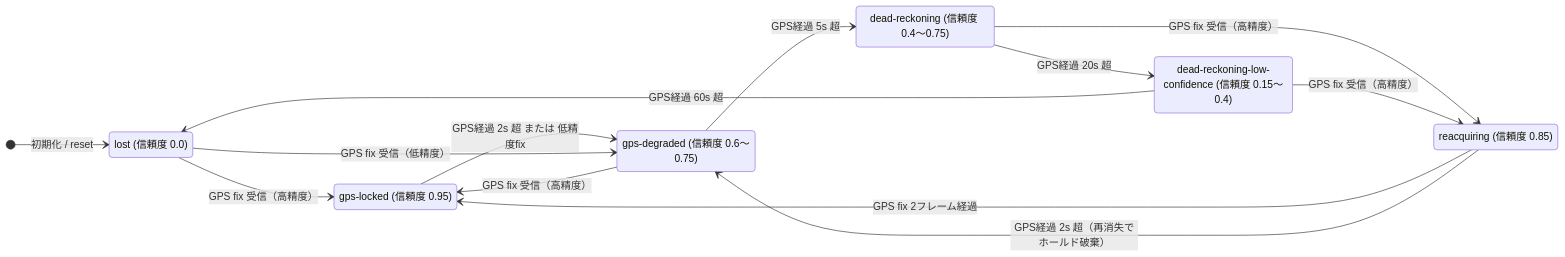
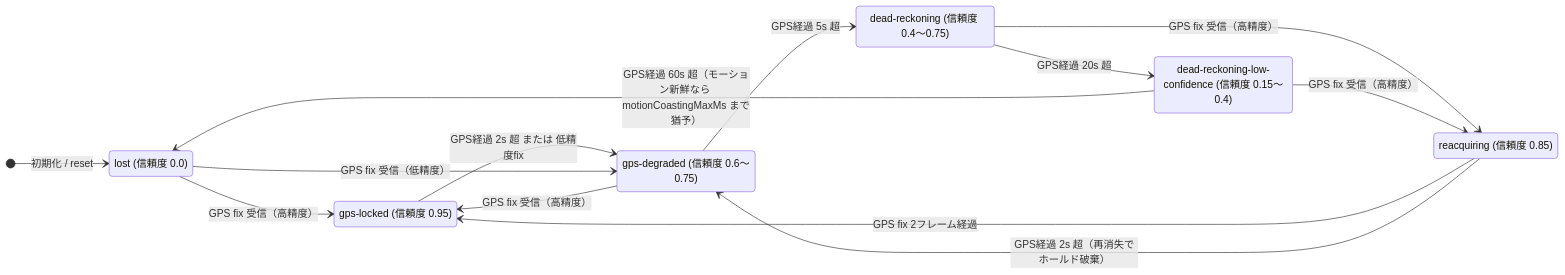
The first of 3 diagrams in docs/GPS_LOSS_SPEED_STATE_SPEC.md (TakuroFukamizu/railglance), drawn with Mermaid before and after one commit. The commit also changed other lines of this file and 8 other files, not shown here.

````diff
--- a/docs/GPS_LOSS_SPEED_STATE_SPEC.md
+++ b/docs/GPS_LOSS_SPEED_STATE_SPEC.md
@@ -54,26 +62,26 @@
 ```mermaid
 stateDiagram-v2
     direction LR
 
     state "lost (信頼度 0.0)" as LOST
     state "gps-locked (信頼度 0.95)" as LOCKED
     state "gps-degraded (信頼度 0.6〜0.75)" as DEGRADED
     state "dead-reckoning (信頼度 0.4〜0.75)" as DR
     state "dead-reckoning-low-confidence (信頼度 0.15〜0.4)" as DRLOW
     state "reacquiring (信頼度 0.85)" as REACQ
 
     [*] --> LOST: 初期化 / reset
 
     LOST --> LOCKED: GPS fix 受信（高精度）
     LOCKED --> DEGRADED: GPS経過 2s 超 または 低精度fix
     DEGRADED --> DR: GPS経過 5s 超
     DR --> DRLOW: GPS経過 20s 超
-    DRLOW --> LOST: GPS経過 60s 超
+    DRLOW --> LOST: GPS経過 60s 超（モーション新鮮なら motionCoastingMaxMs まで猶予）
 
     DR --> REACQ: GPS fix 受信（高精度）
     DRLOW --> REACQ: GPS fix 受信（高精度）
     REACQ --> LOCKED: GPS fix 2フレーム経過
     REACQ --> DEGRADED: GPS経過 2s 超（再消失でホールド破棄）
     LOST --> DEGRADED: GPS fix 受信（低精度）
     DEGRADED --> LOCKED: GPS fix 受信（高精度）
 ```
````
